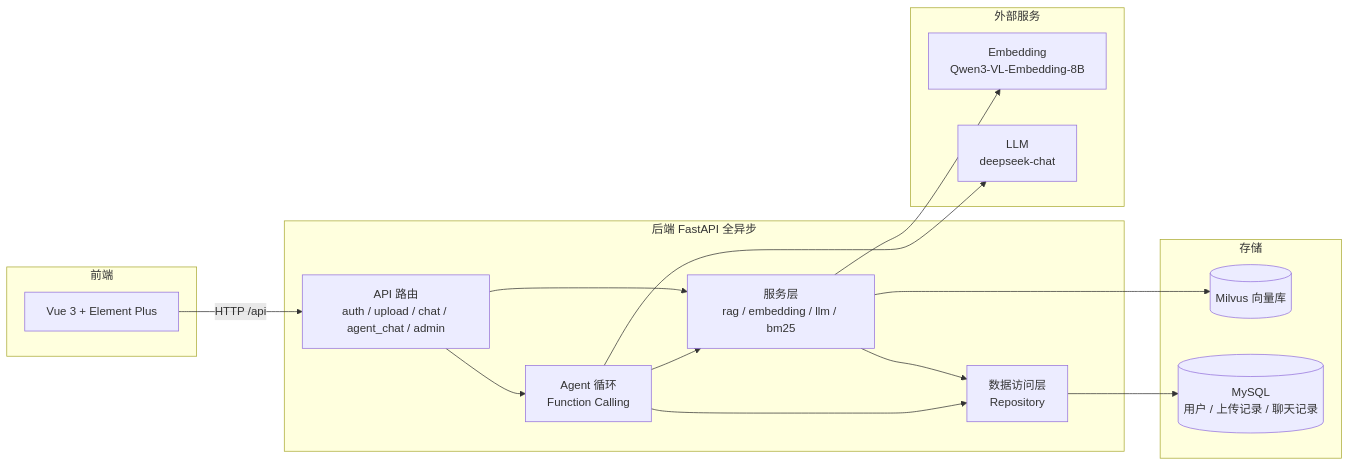
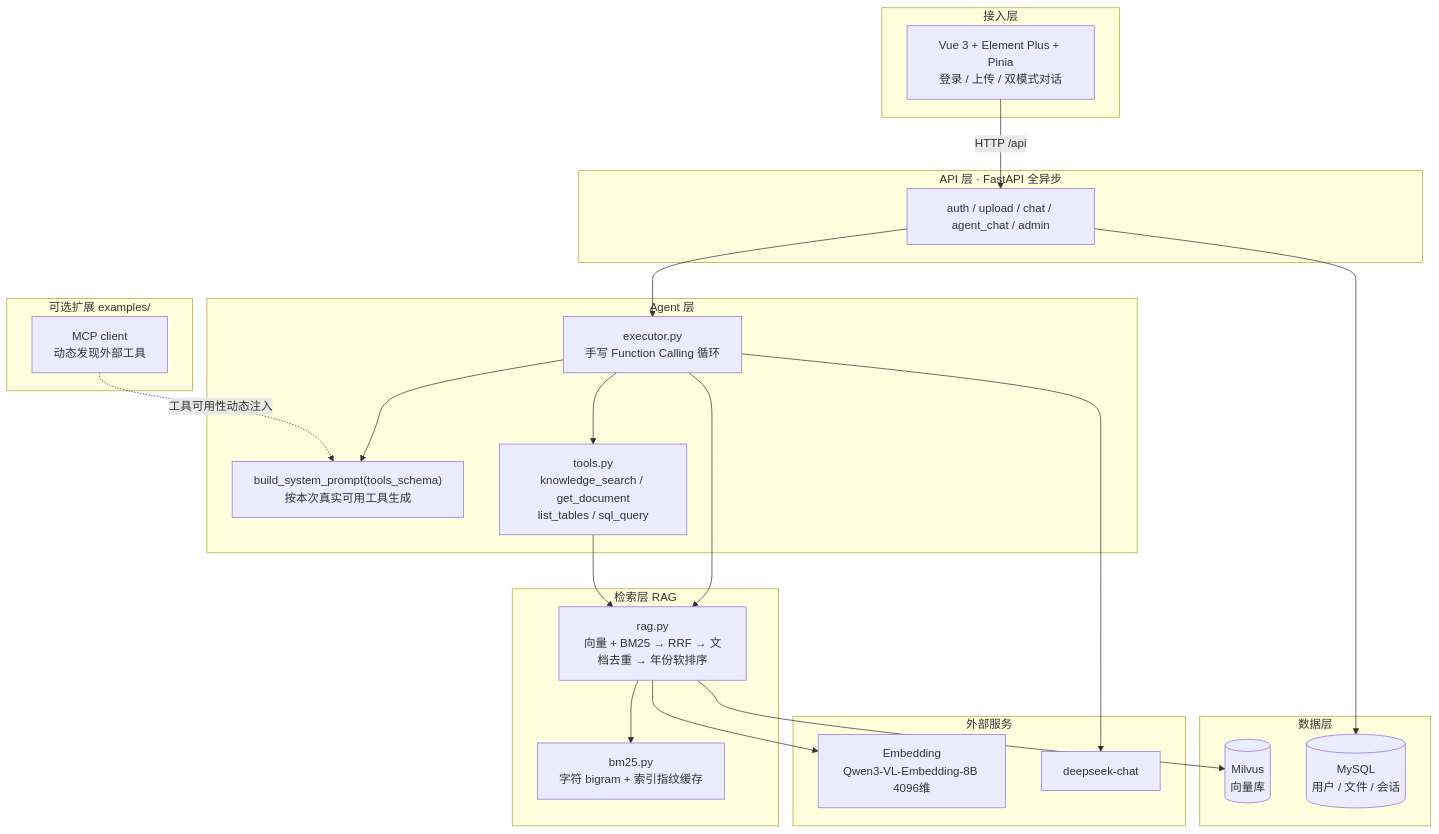
One commit to fngbibsisd-lgtm/Enterprise-Knowledge-Base-Agent-Platform changed the diagram in README.md. Above: the diagram before and after it, drawn with Mermaid. The commit also changed other lines of this file and 2 other files, not shown here.

First line of the commit message:
docs: README 重写（架构图 / 评测 / 工程笔记），清理失效指标

````diff
--- a/README.md
+++ b/README.md
@@ -216,31 +59,48 @@
 ```mermaid
-flowchart LR
-    subgraph 前端
-        FE[Vue 3 + Element Plus]
+flowchart TB
+    subgraph L1["接入层"]
+        FE["Vue 3 + Element Plus + Pinia<br/>登录 / 上传 / 双模式对话"]
     end
 
-    subgraph 后端 FastAPI[后端 FastAPI 全异步]
-        API[API 路由<br/>auth / upload / chat / agent_chat / admin]
-        SVC[服务层<br/>rag / embedding / llm / bm25]
-        REPO[数据访问层<br/>Repository]
-        AGENT[Agent 循环<br/>Function Calling]
+    subgraph L2["API 层 · FastAPI 全异步"]
+        API["auth / upload / chat / agent_chat / admin"]
     end
 
-    subgraph 外部服务
-        EMB[Embedding<br/>Qwen3-VL-Embedding-8B]
-        DEEP[LLM<br/>deepseek-chat]
+    subgraph L3["Agent 层"]
+        EXEC["executor.py<br/>手写 Function Calling 循环"]
+        PROMPT["build_system_prompt(tools_schema)<br/>按本次真实可用工具生成"]
+        TOOLS["tools.py<br/>knowledge_search / get_document<br/>list_tables / sql_query"]
     end
 
-    subgraph 存储
-        MILVUS[(Milvus 向量库)]
-        MYSQL[(MySQL<br/>用户 / 上传记录 / 聊天记录)]
+    subgraph L4["检索层 RAG"]
+        RAG["rag.py<br/>向量 + BM25 → RRF → 文档去重 → 年份软排序"]
+        BM25["bm25.py<br/>字符 bigram + 索引指纹缓存"]
+    end
+
+    subgraph L5["数据层"]
+        MILVUS[("Milvus<br/>向量库")]
+        MYSQL[("MySQL<br/>用户 / 文件 / 会话")]
+    end
+
+    subgraph EXT["外部服务"]
+        EMB["Embedding<br/>Qwen3-VL-Embedding-8B 4096维"]
+        LLM["deepseek-chat"]
+    end
+
+    subgraph OPT["可选扩展 examples/"]
+        MCP["MCP client<br/>动态发现外部工具"]
     end
 
     FE -->|HTTP /api| API
-    API --> SVC --> REPO --> MYSQL
-    API --> AGENT --> DEEP
-    SVC --> EMB
-    SVC --> MILVUS
-    AGENT --> SVC
-    AGENT --> REPO
+    API --> EXEC
+    EXEC --> PROMPT
+    EXEC --> TOOLS
+    EXEC --> RAG
+    TOOLS --> RAG
+    RAG --> BM25
+    RAG --> MILVUS
+    RAG --> EMB
+    EXEC --> LLM
+    API --> MYSQL
+    MCP -.->|工具可用性动态注入| PROMPT
 ```
````
